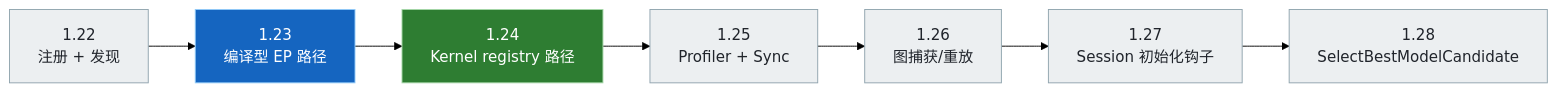
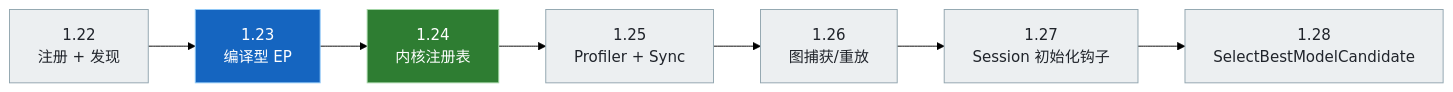
One commit to DakeQQ/Tutorial-ONNX-Runtime-Execution-Providers changed diagram 11 of 13 in PluginEP/README.zh-CN.md. Above: the diagram before and after it, drawn with Mermaid (forest theme). The commit also changed other lines of this file and 15 other files, not shown here.

````diff
--- a/PluginEP/README.zh-CN.md
+++ b/PluginEP/README.zh-CN.md
@@ -399,14 +401,11 @@
 ```mermaid
 flowchart LR
-    V22["1.22<br/>注册 + 发现"] --> V23["1.23<br/>编译型 EP 路径"]
-    V23 --> V24["1.24<br/>Kernel registry 路径"]
-    V24 --> V25["1.25<br/>Profiler + Sync"]
-    V25 --> V26["1.26<br/>图捕获/重放"]
-    V26 --> V27["1.27<br/>Session 初始化钩子"]
-    V27 --> V28["1.28<br/>SelectBestModelCandidate"]
+    V22["1.22<br/>注册 + 发现"] --> V23["1.23<br/>编译型 EP"] --> V24["1.24<br/>内核注册表"] --> V25["1.25<br/>Profiler + Sync"] --> V26["1.26<br/>图捕获/重放"] --> V27["1.27<br/>Session 初始化钩子"] --> V28["1.28<br/>SelectBestModelCandidate"]
 
-    style V23 fill:#1565c0,stroke:#90caf9,color:#ffffff
-    style V24 fill:#2e7d32,stroke:#a5d6a7,color:#ffffff
+    class V22,V25,V26,V27,V28 leaf
+    class V23 blue
+    class V24 green
     classDef leaf fill:#eceff1,stroke:#90a4ae,color:#20242b
-    class V22,V25,V26,V27,V28 leaf
+    classDef blue fill:#1565c0,stroke:#90caf9,color:#ffffff
+    classDef green fill:#2e7d32,stroke:#a5d6a7,color:#ffffff
 ```
````
